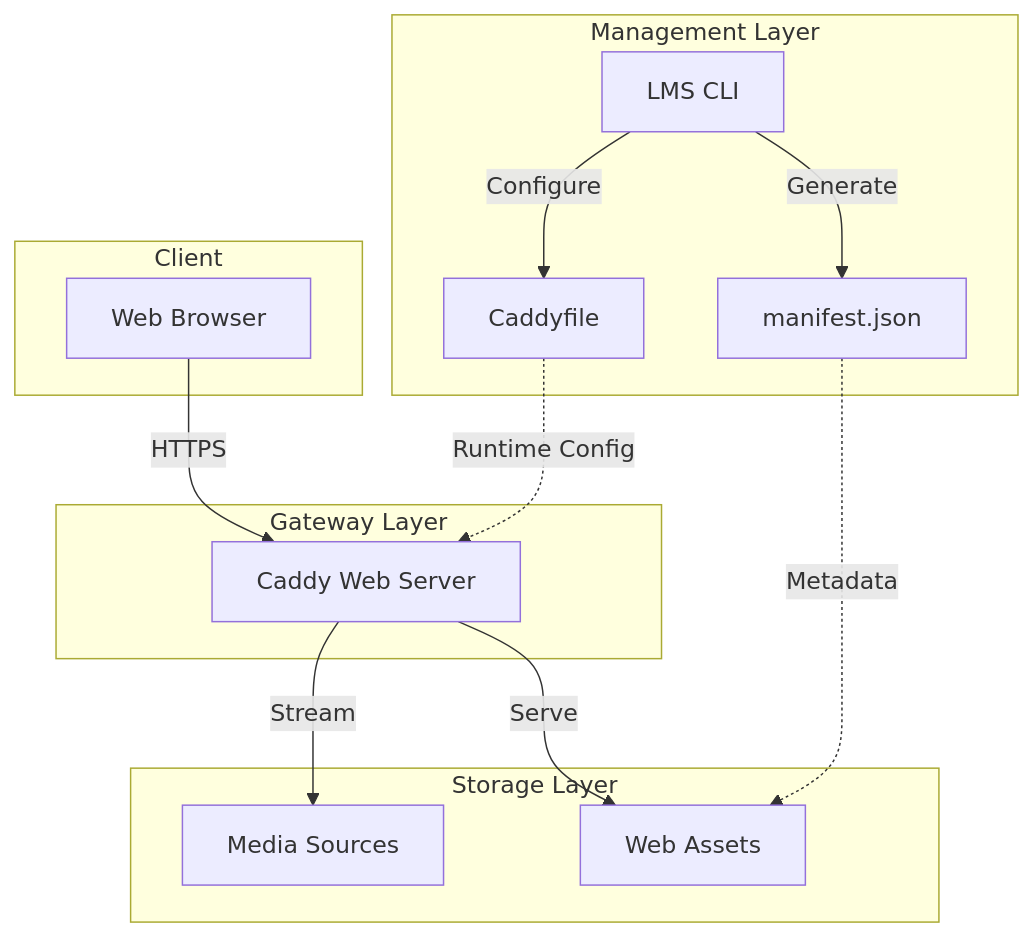
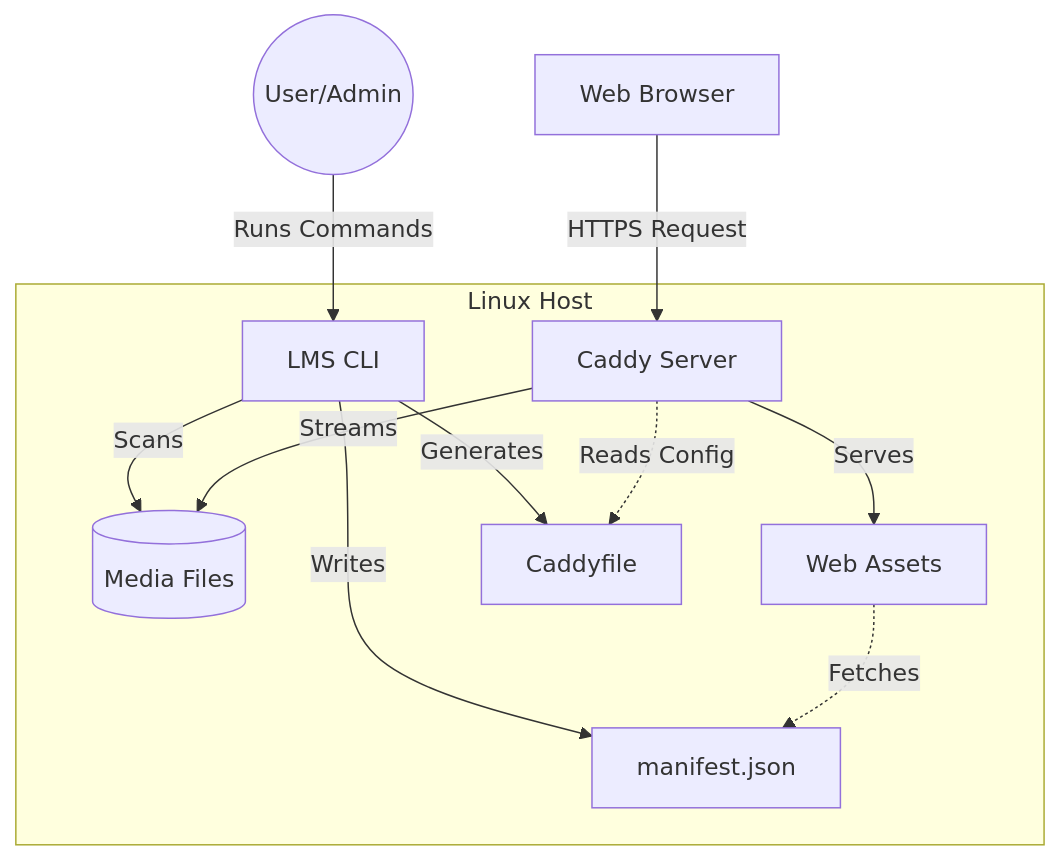
The diagram in README.md (EmilPtr/LMS), drawn with Mermaid before and after one commit. The commit also changed other lines of this file, not shown here.

Commit message:
refined readme, again...

````diff
--- a/README.md
+++ b/README.md
@@ -25,30 +25,29 @@
 ```mermaid
 graph TD
-    subgraph Client
-        Browser[Web Browser]
-    end
+    %% Entities
+    User((User/Admin))
+    Browser[Web Browser]
 
-    subgraph Gateway [Gateway Layer]
-        Caddy[Caddy Web Server]
-    end
-
-    subgraph Backend [Management Layer]
-        LMS_CLI[LMS CLI]
+    %% Components
+    subgraph Host [Linux Host]
+        CLI[LMS CLI]
+        Caddy[Caddy Server]
+        Media[(Media Files)]
+        WebAssets[Web Assets]
         Manifest[manifest.json]
         Caddyfile[Caddyfile]
     end
 
-    subgraph Storage [Storage Layer]
-        Media[Media Sources]
-        Assets[Web Assets]
-    end
+    %% Management Flow
+    User -->|Runs Commands| CLI
+    CLI -->|Scans| Media
+    CLI -->|Writes| Manifest
+    CLI -->|Generates| Caddyfile
 
-    Browser -->|HTTPS| Caddy
-    Caddy -->|Serve| Assets
-    Caddy -->|Stream| Media
-    
-    LMS_CLI -->|Generate| Manifest
-    LMS_CLI -->|Configure| Caddyfile
-    Caddyfile -.->|Runtime Config| Caddy
-    Manifest -.->|Metadata| Assets
+    %% Request Flow
+    Browser -->|HTTPS Request| Caddy
+    Caddy -.->|Reads Config| Caddyfile
+    Caddy -->|Serves| WebAssets
+    Caddy -->|Streams| Media
+    WebAssets -.->|Fetches| Manifest
 ```
````
